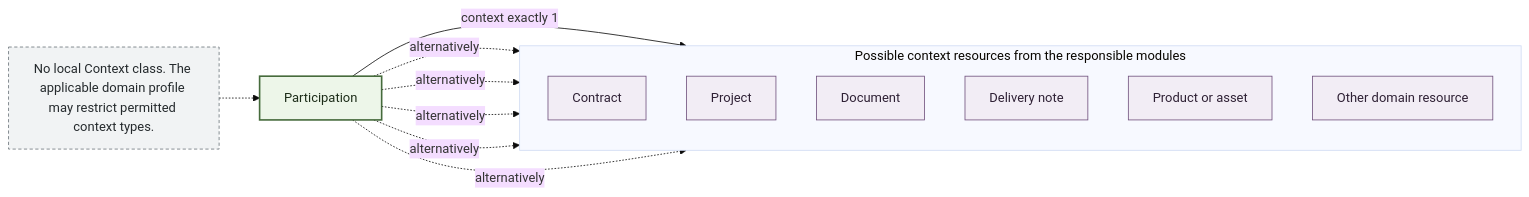
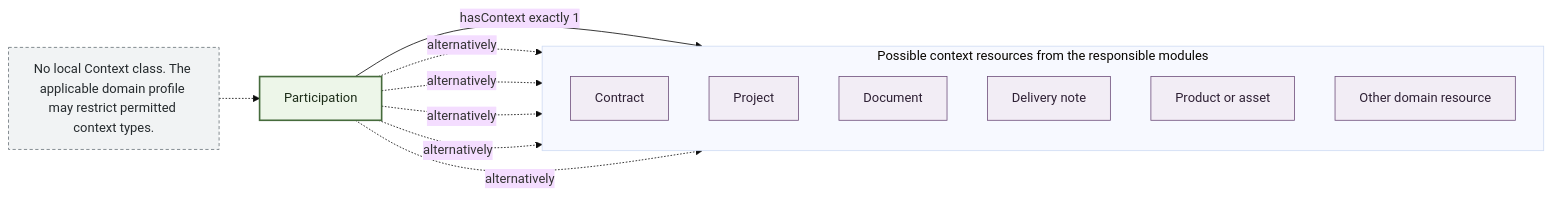
The third of 6 diagrams in modules/core/participation/docs/diagrams/participation-concept-model.md (project-construct-x/constructx-ontologies), drawn with Mermaid (base theme) before and after one commit. The commit also changed other lines of this file and 43 other files, not shown here.

````diff
--- a/modules/core/participation/docs/diagrams/participation-concept-model.md
+++ b/modules/core/participation/docs/diagrams/participation-concept-model.md
@@ -116,32 +116,32 @@
 ```mermaid
 flowchart LR
     Participation["Participation"]
 
     subgraph CONTEXTS["Possible context resources from the responsible modules"]
         direction TB
         Contract["Contract"]
         Project["Project"]
         Document["Document"]
         Delivery["Delivery note"]
         Product["Product or asset"]
         Other["Other domain resource"]
     end
 
-    Participation -->|"context exactly 1"| Contract
+    Participation -->|"hasContext exactly 1"| Contract
     Participation -.->|"alternatively"| Project
     Participation -.->|"alternatively"| Document
     Participation -.->|"alternatively"| Delivery
     Participation -.->|"alternatively"| Product
     Participation -.->|"alternatively"| Other
 
     NoClass["No local Context class. The applicable domain profile may restrict permitted context types."]
     NoClass -.-> Participation
 
     classDef participation fill:#edf6e9,stroke:#466b3c,color:#1d2d19,stroke-width:2px;
     classDef context fill:#f2edf5,stroke:#70517d,color:#2f2135;
     classDef note fill:#f1f3f4,stroke:#6b747a,color:#252a2d,stroke-dasharray:4 3;
 
     class Participation participation;
     class Contract,Project,Document,Delivery,Product,Other context;
     class NoClass note;
 ```
````
